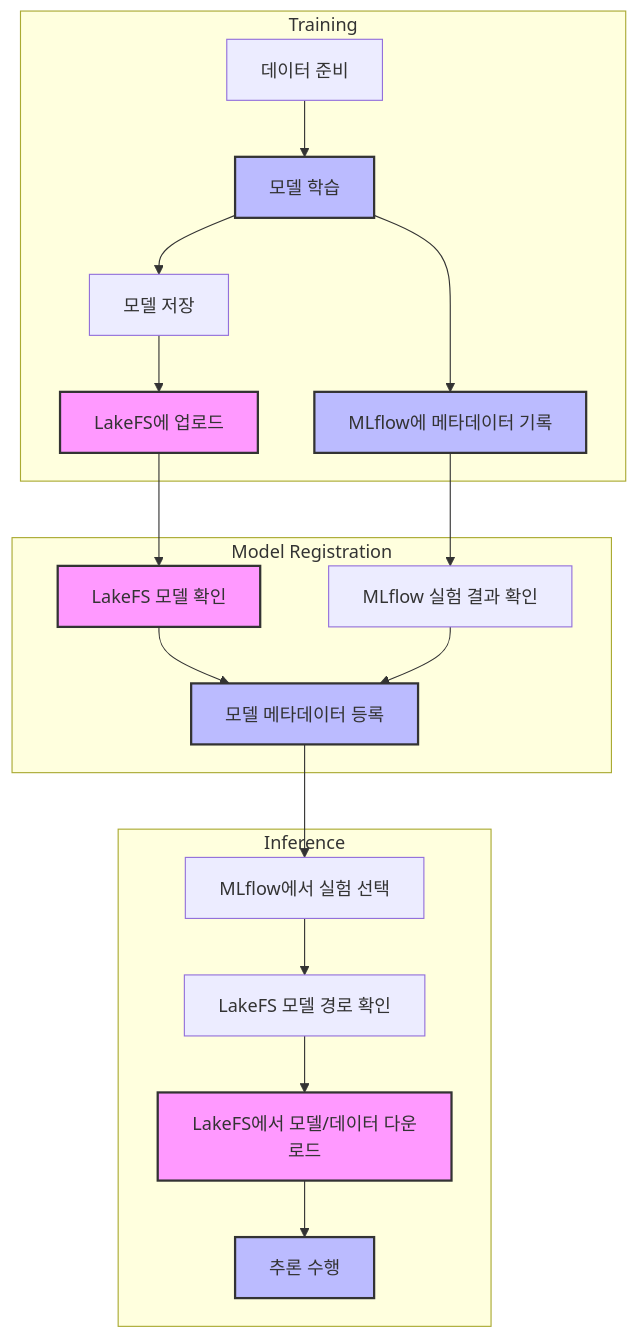
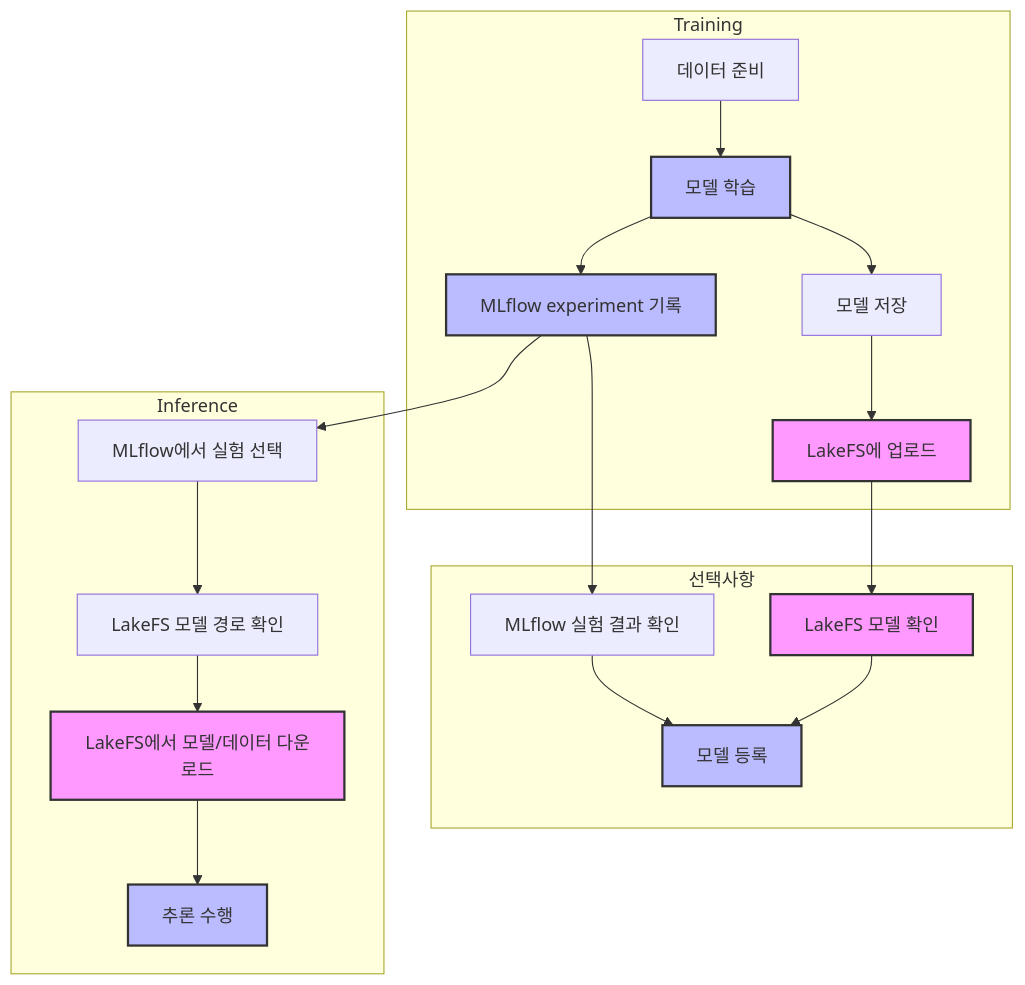
The diagram in lakefs-test/image-segmentation-local/README.md (teri0411/data-versioning-with-mlflow), drawn with Mermaid before and after one commit. The commit also changed other lines of this file and 11 other files, not shown here.

````diff
--- a/lakefs-test/image-segmentation-local/README.md
+++ b/lakefs-test/image-segmentation-local/README.md
@@ -13,28 +13,28 @@
 ```mermaid
 graph TD
     subgraph Training
         A[데이터 준비] --> B[모델 학습]
         B --> C[모델 저장]
         C --> D[LakeFS에 업로드]
-        B --> E[MLflow에 메타데이터 기록]
+        B --> E[MLflow experiment 기록]
     end
 
-    subgraph Model Registration
+    subgraph Model Registration [선택사항]
         D --> F[LakeFS 모델 확인]
         E --> G[MLflow 실험 결과 확인]
-        F --> H[모델 메타데이터 등록]
+        F --> H[모델 등록]
         G --> H
     end
 
     subgraph Inference
-        H --> I[MLflow에서 실험 선택]
+        E --> I[MLflow에서 실험 선택]
         I --> J[LakeFS 모델 경로 확인]
         J --> K[LakeFS에서 모델/데이터 다운로드]
         K --> L[추론 수행]
     end
 
     classDef storage fill:#f9f,stroke:#333,stroke-width:2px
     classDef process fill:#bbf,stroke:#333,stroke-width:2px
     class D,F,K storage
     class B,E,H,L process
 ```
````
